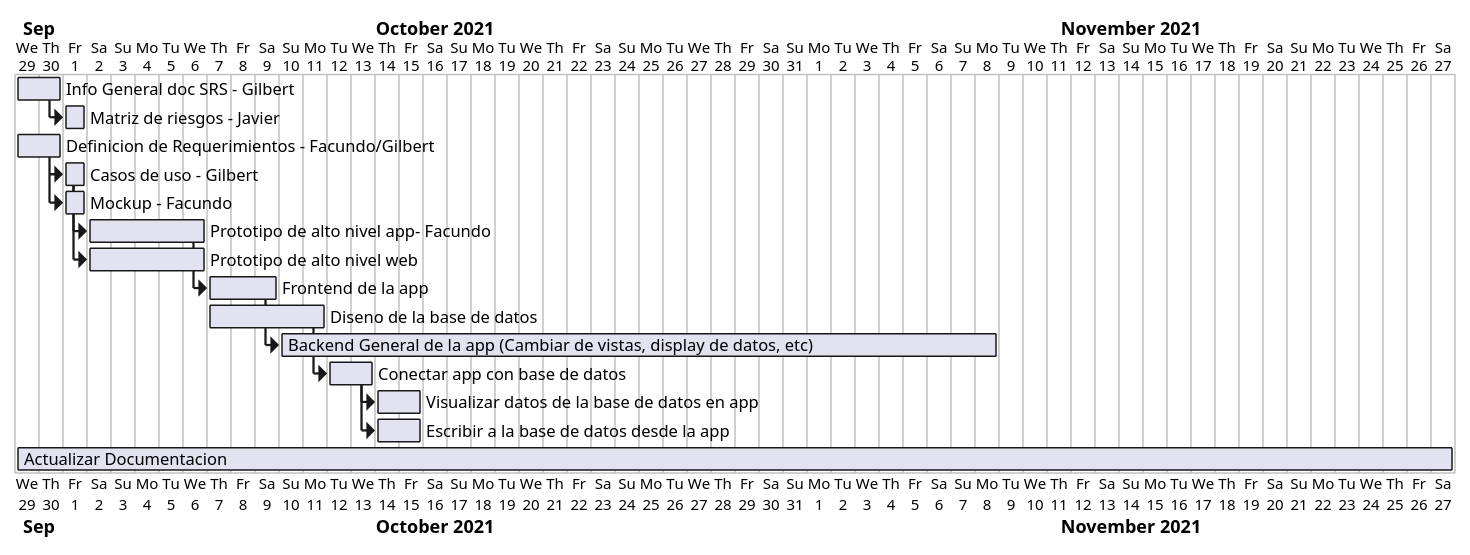
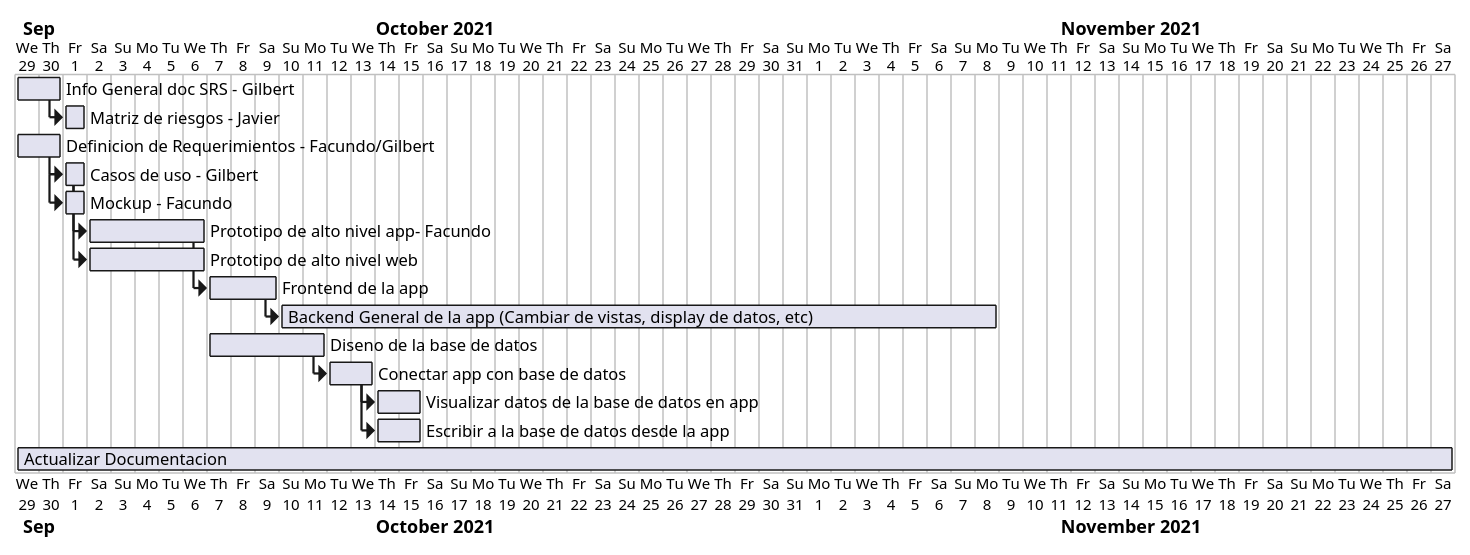
Before and after one commit to facund015/codeRelatedObsidianNotes: the diagram in Diagramas.md, drawn with PlantUML. The commit also changed other lines of this file, not shown here.

````diff
--- a/Diagramas.md
+++ b/Diagramas.md
@@ -1,32 +1,32 @@
 ```plantuml
 
 @startgantt
 Project starts 2021-09-29
 
 [Info General doc SRS - Gilbert] as [SRS] lasts 2 days and starts 2021-09-29
 [Matriz de riesgos - Javier] as [MR] lasts 1 days and starts at [SRS]'s end
 
 [Definicion de Requerimientos - Facundo/Gilbert] as [DR] lasts 2 day and starts 2021-09-29
 [Casos de uso - Gilbert] as [CS] lasts 1 day and starts at [DR]'s end
 [Mockup - Facundo] as [MP] lasts 1 days and starts at [CS]'s start
 
 [Prototipo de alto nivel app- Facundo] as [PAN] lasts 5 days and starts at [CS]'s end
 [Prototipo de alto nivel web] as [PAW] lasts 5 days and starts at [CS]'s end
 
 [Frontend de la app] as [FEA] lasts 3 days and starts at [PAN]'s end
-[Diseno de la base de datos] as [DBD] lasts 5 days and starts 2021-10-7
 [Backend General de la app (Cambiar de vistas, display de datos, etc)] as [BGA] lasts 30 days and starts at [FEA]'s end
 
+[Diseno de la base de datos] as [DBD] lasts 5 days and starts 2021-10-7
 [Conectar app con base de datos] as [CBD] lasts 2 days and starts at [DBD]'s end
 [Visualizar datos de la base de datos en app] as [VBD] lasts 2 days and starts at [CBD]'s end
 [Escribir a la base de datos desde la app] as [EBD] lasts 2 days and starts at [CBD]'s end
 
 
 
 
 [Actualizar Documentacion] as [ASRS] lasts 60 days
 @endgantt
 
 
 
 ```
````
